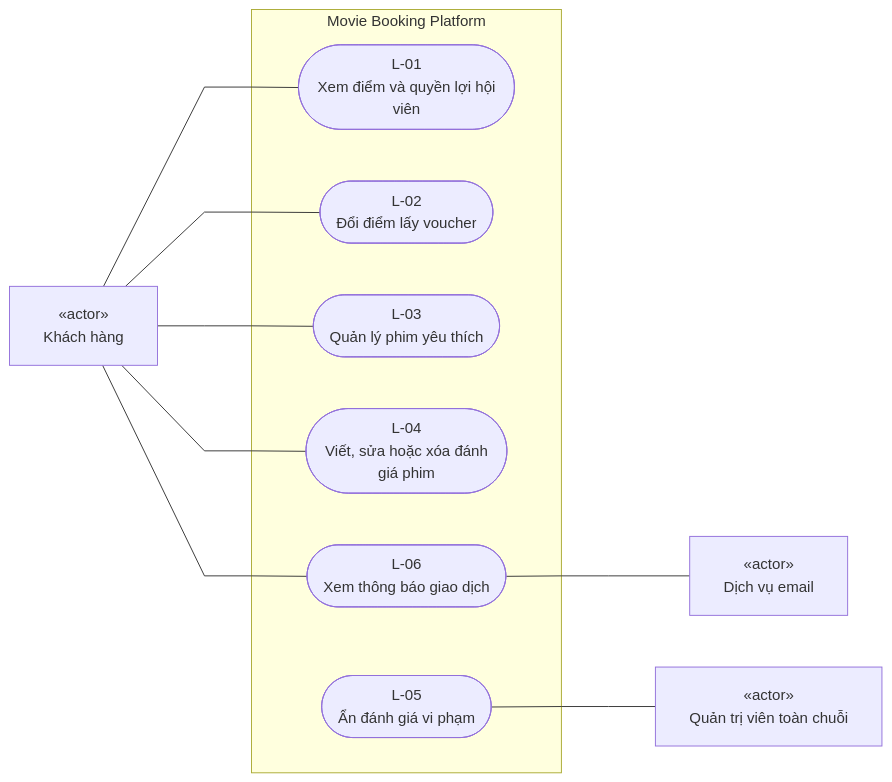
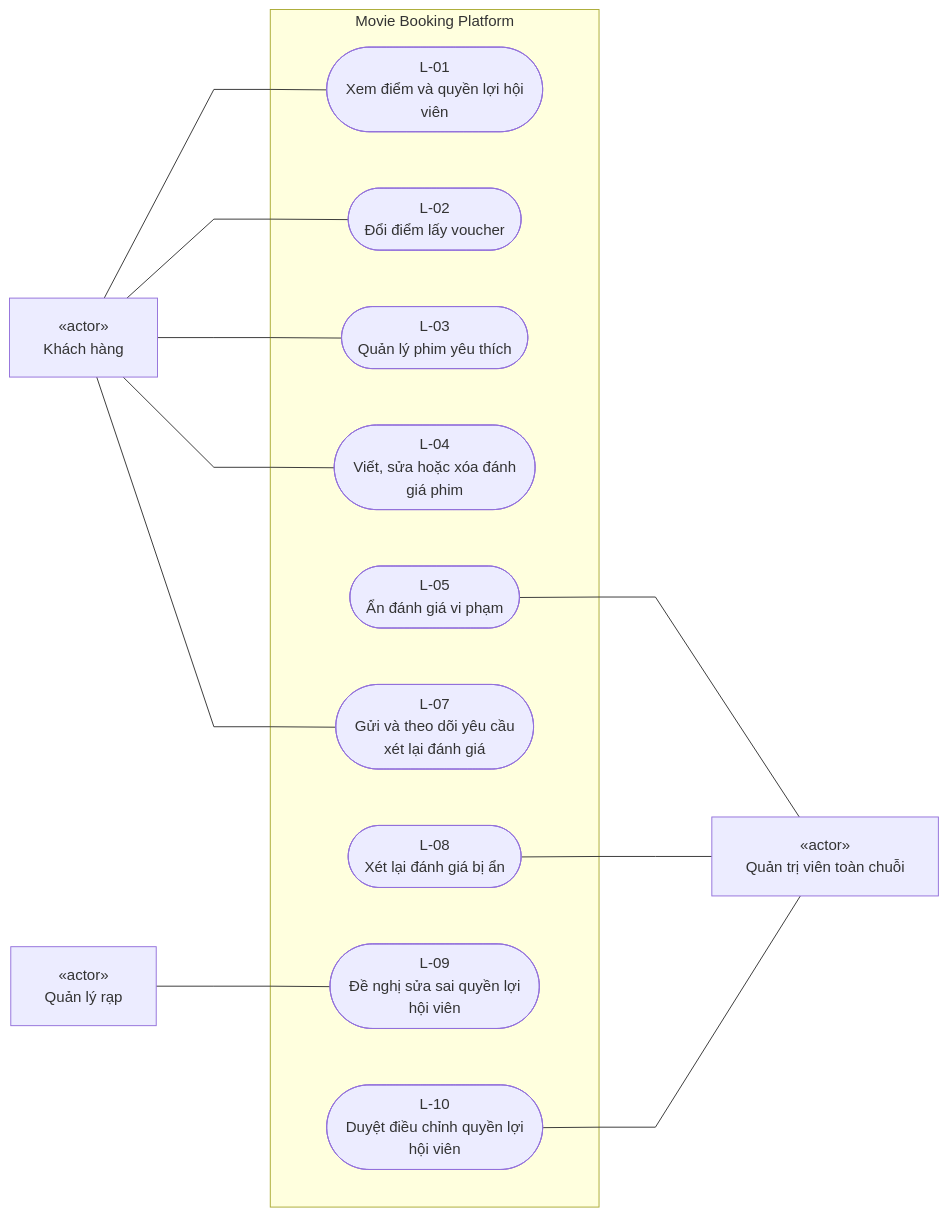
The sixth of 10 diagrams in docs/03-product/use-cases.md (NhiBuaa/movie-booking-agent), drawn with Mermaid before and after one commit. The commit also changed other lines of this file and 24 other files, not shown here.

Commit message:
docs: synchronize UML use cases and approved business policies

````diff
--- a/docs/03-product/use-cases.md
+++ b/docs/03-product/use-cases.md
@@ -385,24 +402,28 @@
 ```mermaid
-%%{init: {"flowchart":{"nodeSpacing":55,"rankSpacing":100,"curve":"linear","useMaxWidth":false,"padding":18}}}%%
+%%{init: {"flowchart":{"nodeSpacing":60,"rankSpacing":120,"curve":"linear","useMaxWidth":false,"padding":18}}}%%
 flowchart LR
+    %% Mỗi actor có một ID duy nhất; các khung G chỉ gom bố cục.
     customer["«actor»<br/>Khách hàng"]
+    manager["«actor»<br/>Quản lý rạp"]
     admin["«actor»<br/>Quản trị viên toàn chuỗi"]
-    mail["«actor»<br/>Dịch vụ email"]
-
     subgraph system["Movie Booking Platform"]
         L_01(["L-01<br/>Xem điểm và quyền lợi hội<br/>viên"])
         L_02(["L-02<br/>Đổi điểm lấy voucher"])
         L_03(["L-03<br/>Quản lý phim yêu thích"])
         L_04(["L-04<br/>Viết, sửa hoặc xóa đánh<br/>giá phim"])
         L_05(["L-05<br/>Ẩn đánh giá vi phạm"])
-        L_06(["L-06<br/>Xem thông báo giao dịch"])
+        L_07(["L-07<br/>Gửi và theo dõi yêu cầu<br/>xét lại đánh giá"])
+        L_08(["L-08<br/>Xét lại đánh giá bị ẩn"])
+        L_09(["L-09<br/>Đề nghị sửa sai quyền lợi<br/>hội viên"])
+        L_10(["L-10<br/>Duyệt điều chỉnh quyền lợi<br/>hội viên"])
     end
-
     customer --- L_01
     customer --- L_02
     customer --- L_03
     customer --- L_04
-    customer --- L_06
     L_05 --- admin
-    L_06 --- mail
+    customer --- L_07
+    L_08 --- admin
+    manager --- L_09
+    L_10 --- admin
 ```
````
